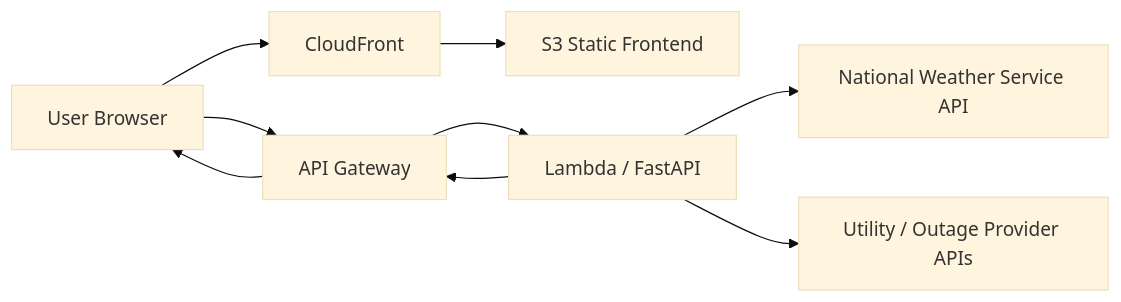
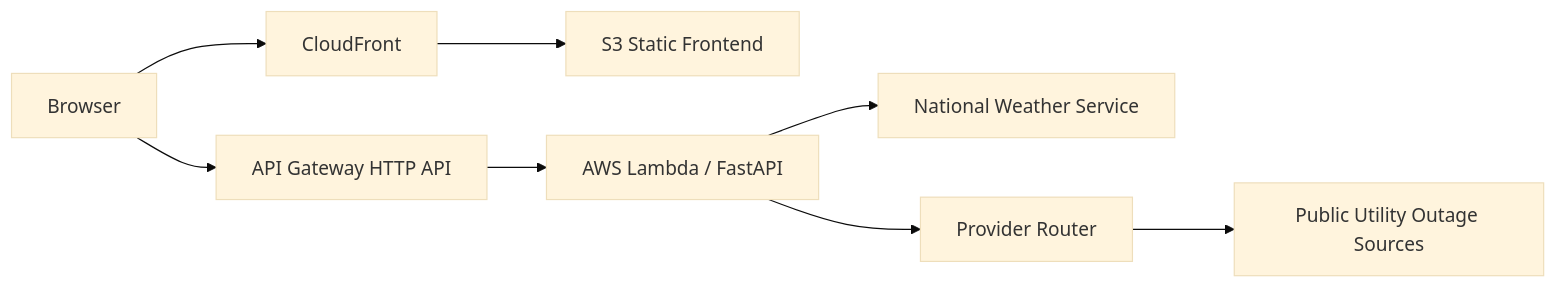
The diagram in README.md (AndrewDeFever/Weather-and-Power-App), drawn with Mermaid (base theme) before and after one commit. The commit also changed other lines of this file, not shown here.

Commit message:
docs: align README with finalized serverless architecture

````diff
--- a/README.md
+++ b/README.md
@@ -52,11 +57,10 @@
 ```mermaid
 flowchart LR
-    U[User Browser] --> CF[CloudFront]
+    U[Browser] --> CF[CloudFront]
     CF --> S3[S3 Static Frontend]
-    U --> APIGW[API Gateway]
-    APIGW --> L[Lambda / FastAPI]
-    L --> W[National Weather Service API]
-    L --> O[Utility / Outage Provider APIs]
-    L --> APIGW
-    APIGW --> U
+    U --> APIGW[API Gateway HTTP API]
+    APIGW --> L[AWS Lambda / FastAPI]
+    L --> NWS[National Weather Service]
+    L --> R[Provider Router]
+    R --> P[Public Utility Outage Sources]
 ```
````
